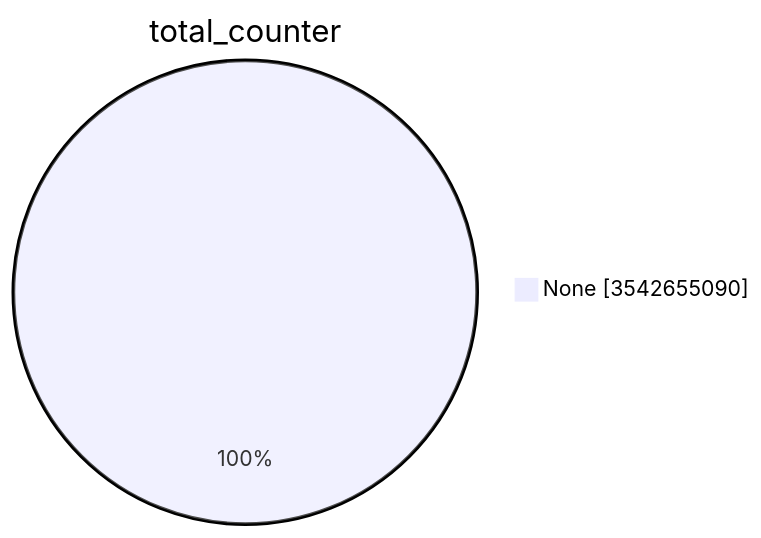
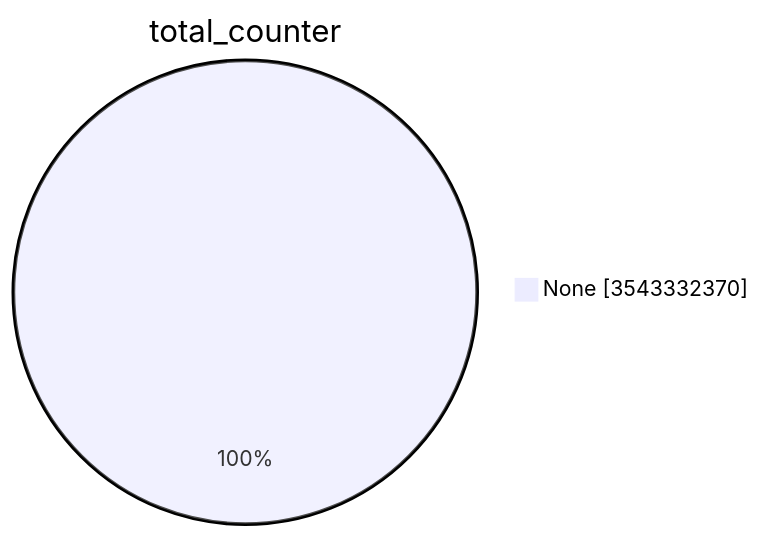
Before and after one commit to christiankrug/ctmonitor_visualization: the first of 15 diagrams in TOTAL/README.md, drawn with Mermaid. The commit also changed other lines of this file, not shown here.

````diff
--- a/TOTAL/README.md
+++ b/TOTAL/README.md
@@ -1,5 +1,5 @@
 ```mermaid
 pie showData
 title total_counter
-"None" :3542655090
+"None" :3543332370
 ```
````
